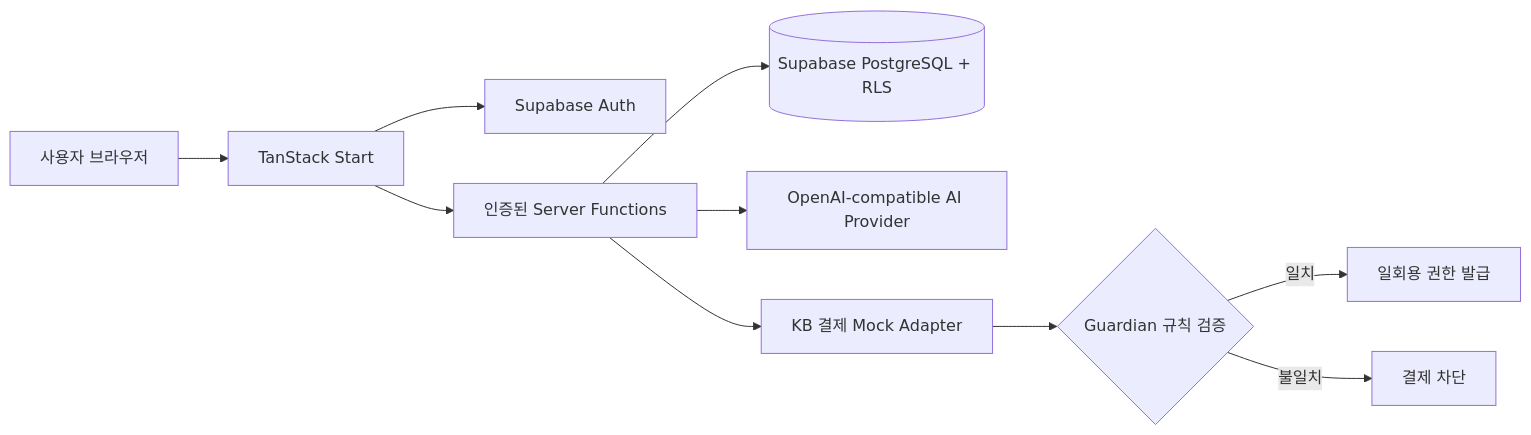
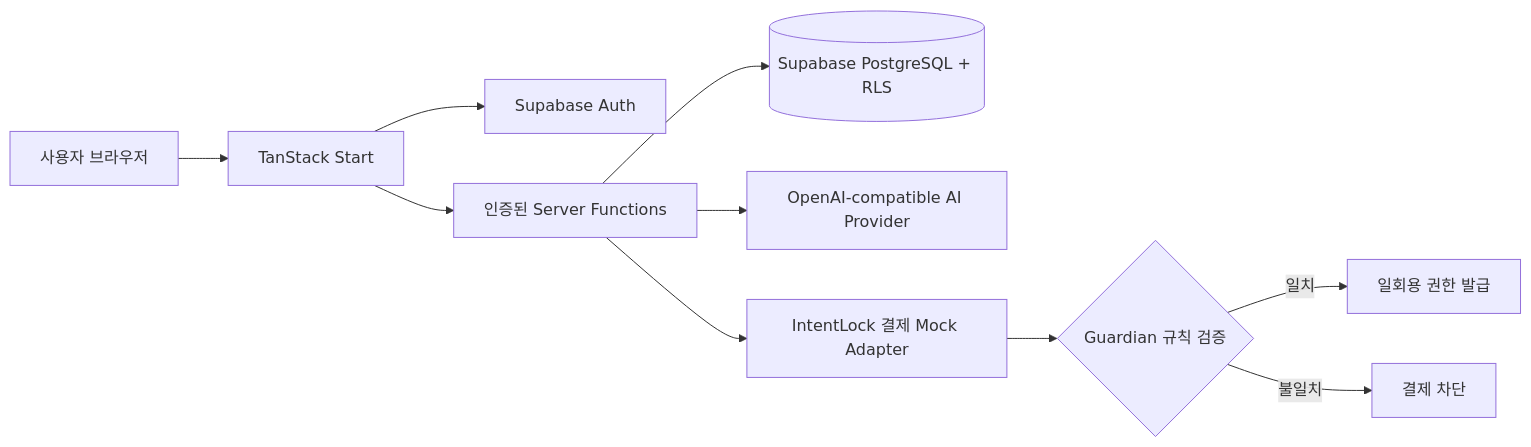
The diagram in README.md (hyscodebase/chic-harmony-design), drawn with Mermaid before and after one commit. The commit also changed other lines of this file and 17 other files, not shown here.

````diff
--- a/README.md
+++ b/README.md
@@ -21,12 +21,12 @@
 ```mermaid
 flowchart LR
   U[사용자 브라우저] --> A[TanStack Start]
   A --> AUTH[Supabase Auth]
   A --> SF[인증된 Server Functions]
   SF --> DB[(Supabase PostgreSQL + RLS)]
   SF --> AI[OpenAI-compatible AI Provider]
-  SF --> KB[KB 결제 Mock Adapter]
-  KB --> G{Guardian 규칙 검증}
+  SF --> PAYMENT[IntentLock 결제 Mock Adapter]
+  PAYMENT --> G{Guardian 규칙 검증}
   G -->|일치| OK[일회용 권한 발급]
   G -->|불일치| BLOCK[결제 차단]
 ```
````
